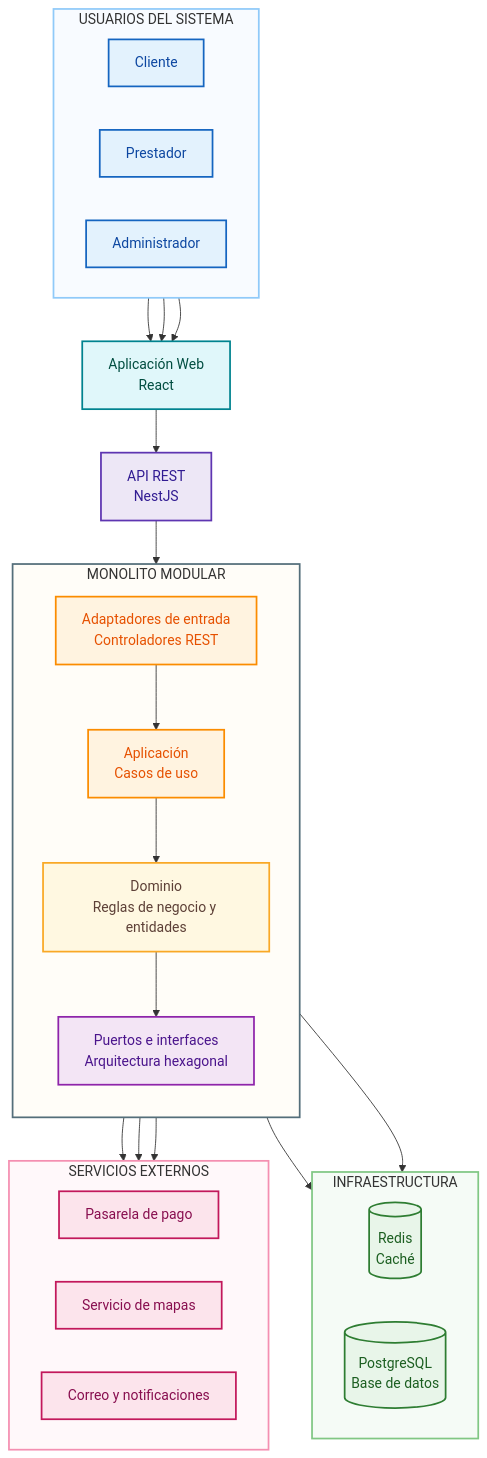
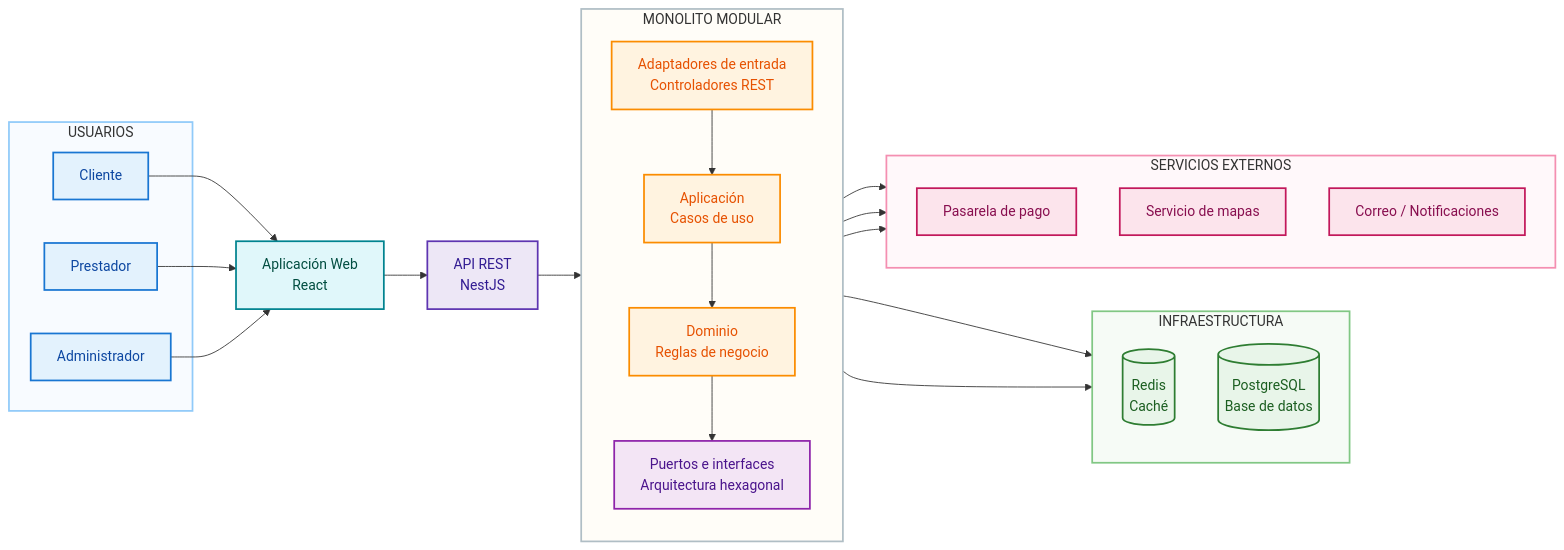
Before and after one commit to Roki-7/PlataformaServicios-Arquitectura-Anderson-Ochoa: the first of 7 diagrams in arquitectura/arquitectura-inicial.md, drawn with Mermaid. The commit also changed other lines of this file, not shown here.

Commit message:
docs: reorganizar arquitectura con diagramas profesionales

````diff
--- a/arquitectura/arquitectura-inicial.md
+++ b/arquitectura/arquitectura-inicial.md
@@ -72,81 +50,71 @@
 ```mermaid
-flowchart TB
+flowchart LR
 
-    subgraph ACTORES["USUARIOS DEL SISTEMA"]
-        direction LR
-        CLIENTE["Cliente"]
-        PRESTADOR["Prestador"]
-        ADMIN["Administrador"]
+    subgraph ACT["USUARIOS"]
+        C["Cliente"]
+        P["Prestador"]
+        A["Administrador"]
     end
 
     WEB["Aplicación Web<br/>React"]
-
     API["API REST<br/>NestJS"]
 
-    subgraph SISTEMA["MONOLITO MODULAR"]
+    subgraph CORE["MONOLITO MODULAR"]
         direction TB
+        IN["Adaptadores de entrada<br/>Controladores REST"]
+        APP["Aplicación<br/>Casos de uso"]
+        DOM["Dominio<br/>Reglas de negocio"]
+        PORTS["Puertos e interfaces<br/>Arquitectura hexagonal"]
 
-        ENTRADA["Adaptadores de entrada<br/>Controladores REST"]
-
-        APLICACION["Aplicación<br/>Casos de uso"]
-
-        DOMINIO["Dominio<br/>Reglas de negocio y entidades"]
-
-        PUERTOS["Puertos e interfaces<br/>Arquitectura hexagonal"]
-
-        ENTRADA --> APLICACION
-        APLICACION --> DOMINIO
-        DOMINIO --> PUERTOS
+        IN --> APP
+        APP --> DOM
+        DOM --> PORTS
     end
 
-    subgraph INFRA["INFRAESTRUCTURA"]
-        direction LR
-        REDIS[("Redis<br/>Caché")]
-        POSTGRES[("PostgreSQL<br/>Base de datos")]
+    subgraph DATA["INFRAESTRUCTURA"]
+        direction TB
+        CACHE[("Redis<br/>Caché")]
+        DB[("PostgreSQL<br/>Base de datos")]
     end
 
-    subgraph EXTERNOS["SERVICIOS EXTERNOS"]
-        direction LR
-        PAGO["Pasarela de pago"]
-        MAPAS["Servicio de mapas"]
-        NOTIFICACION["Correo y notificaciones"]
+    subgraph EXT["SERVICIOS EXTERNOS"]
+        direction TB
+        PAY["Pasarela de pago"]
+        MAP["Servicio de mapas"]
+        NOTI["Correo / Notificaciones"]
     end
 
-    CLIENTE --> WEB
-    PRESTADOR --> WEB
-    ADMIN --> WEB
+    C --> WEB
+    P --> WEB
+    A --> WEB
 
     WEB --> API
-    API --> ENTRADA
+    API --> IN
 
-    PUERTOS --> REDIS
-    PUERTOS --> POSTGRES
+    PORTS --> CACHE
+    PORTS --> DB
+    PORTS --> PAY
+    PORTS --> MAP
+    PORTS --> NOTI
 
-    PUERTOS --> PAGO
-    PUERTOS --> MAPAS
-    PUERTOS --> NOTIFICACION
+    classDef actor fill:#E3F2FD,stroke:#1976D2,color:#0D47A1,stroke-width:2px;
+    classDef web fill:#E0F7FA,stroke:#00838F,color:#004D40,stroke-width:2px;
+    classDef api fill:#EDE7F6,stroke:#5E35B1,color:#311B92,stroke-width:2px;
+    classDef core fill:#FFF3E0,stroke:#FB8C00,color:#E65100,stroke-width:2px;
+    classDef ports fill:#F3E5F5,stroke:#8E24AA,color:#4A148C,stroke-width:2px;
+    classDef infra fill:#E8F5E9,stroke:#2E7D32,color:#1B5E20,stroke-width:2px;
+    classDef ext fill:#FCE4EC,stroke:#C2185B,color:#880E4F,stroke-width:2px;
 
+    class C,P,A actor;
+    class WEB web;
+    class API api;
+    class IN,APP,DOM core;
+    class PORTS ports;
+    class CACHE,DB infra;
+    class PAY,MAP,NOTI ext;
 
-    classDef actor fill:#E3F2FD,stroke:#1565C0,color:#0D47A1,stroke-width:2px;
-    classDef frontend fill:#E0F7FA,stroke:#00838F,color:#004D40,stroke-width:2px;
-    classDef api fill:#EDE7F6,stroke:#5E35B1,color:#311B92,stroke-width:2px;
-    classDef application fill:#FFF3E0,stroke:#FB8C00,color:#E65100,stroke-width:2px;
-    classDef domain fill:#FFF8E1,stroke:#F9A825,color:#5D4037,stroke-width:2px;
-    classDef ports fill:#F3E5F5,stroke:#8E24AA,color:#4A148C,stroke-width:2px;
-    classDef infrastructure fill:#E8F5E9,stroke:#2E7D32,color:#1B5E20,stroke-width:2px;
-    classDef external fill:#FCE4EC,stroke:#C2185B,color:#880E4F,stroke-width:2px;
-
-    class CLIENTE,PRESTADOR,ADMIN actor;
-    class WEB frontend;
-    class API api;
-    class ENTRADA,APLICACION application;
-    class DOMINIO domain;
-    class PUERTOS ports;
-    class REDIS,POSTGRES infrastructure;
-    class PAGO,MAPAS,NOTIFICACION external;
-
-    style ACTORES fill:#F8FBFF,stroke:#90CAF9,stroke-width:2px
-    style SISTEMA fill:#FFFDF8,stroke:#546E7A,stroke-width:2px
-    style INFRA fill:#F5FBF6,stroke:#81C784,stroke-width:2px
-    style EXTERNOS fill:#FFF8FA,stroke:#F48FB1,stroke-width:2px
+    style ACT fill:#F8FBFF,stroke:#90CAF9,stroke-width:2px
+    style CORE fill:#FFFDF8,stroke:#B0BEC5,stroke-width:2px
+    style DATA fill:#F6FBF6,stroke:#81C784,stroke-width:2px
+    style EXT fill:#FFF8FA,stroke:#F48FB1,stroke-width:2px
 ```
````
